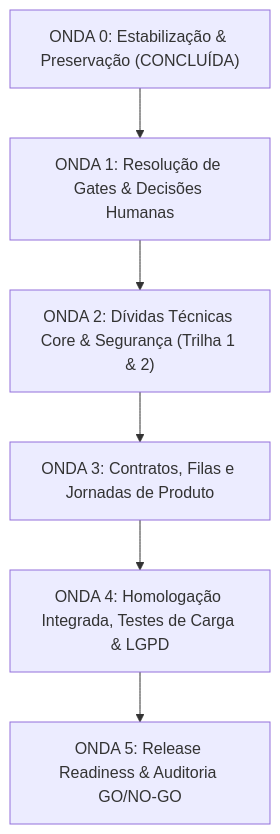
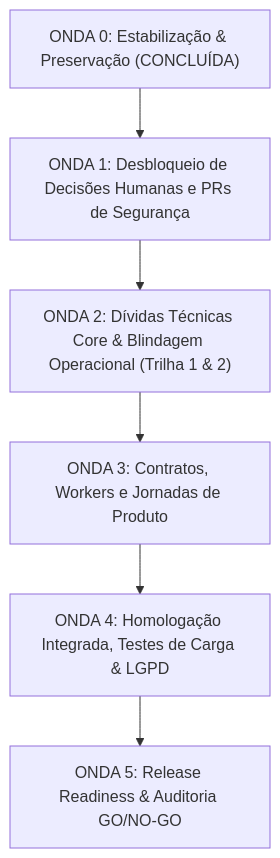
Before and after one commit to MaarkssDN/Birthub-360: the diagram in .agents/runs/consolidacao-20261120/12-PLANO-MESTRE-OPERACIONAL-100-AGENTES.md, drawn with Mermaid. The commit also changed other lines of this file, not shown here.

Commit message:
docs(governance): ajustes finos do plano mestre operacional (rastreabilidade, TLS e decisoes DEC-H)

````diff
--- a/.agents/runs/consolidacao-20261120/12-PLANO-MESTRE-OPERACIONAL-100-AGENTES.md
+++ b/.agents/runs/consolidacao-20261120/12-PLANO-MESTRE-OPERACIONAL-100-AGENTES.md
@@ -177,8 +176,8 @@
 ```mermaid
 flowchart TD
-    O0["ONDA 0: Estabilização & Preservação (CONCLUÍDA)"] --> O1["ONDA 1: Resolução de Gates & Decisões Humanas"]
-    O1 --> O2["ONDA 2: Dívidas Técnicas Core & Segurança (Trilha 1 & 2)"]
-    O2 --> O3["ONDA 3: Contratos, Filas e Jornadas de Produto"]
+    O0["ONDA 0: Estabilização & Preservação (CONCLUÍDA)"] --> O1["ONDA 1: Desbloqueio de Decisões Humanas e PRs de Segurança"]
+    O1 --> O2["ONDA 2: Dívidas Técnicas Core & Blindagem Operacional (Trilha 1 & 2)"]
+    O2 --> O3["ONDA 3: Contratos, Workers e Jornadas de Produto"]
     O3 --> O4["ONDA 4: Homologação Integrada, Testes de Carga & LGPD"]
     O4 --> O5["ONDA 5: Release Readiness & Auditoria GO/NO-GO"]
 ```
````
